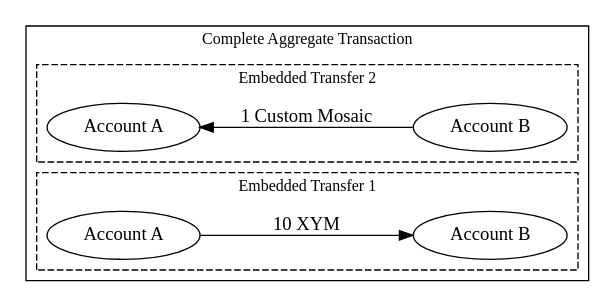
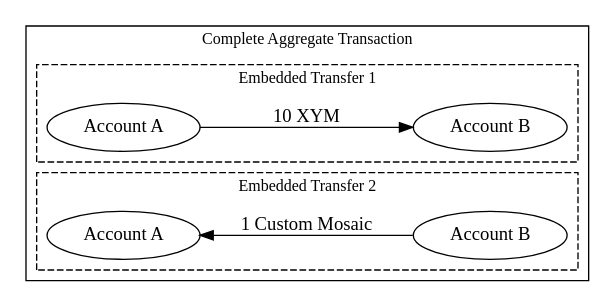
One commit to symbol/symbol changed the diagram in mkdocs/pages/en/devbook/transactions/complete-aggregate.md. Above: the diagram before and after it, drawn with Graphviz. The commit also changed other lines of this file and 3 other files, not shown here.

````diff
--- a/mkdocs/pages/en/devbook/transactions/complete-aggregate.md
+++ b/mkdocs/pages/en/devbook/transactions/complete-aggregate.md
@@ -12,27 +12,26 @@
 ```dot
 digraph {
     rankdir="LR";
     fontsize=12;
     subgraph clusterAggregate {
         label = "Complete Aggregate Transaction";
         tooltip = "Complete Aggregate Transaction";
+        subgraph clusterT1 {
+            label = "Embedded Transfer 1";
+            tooltip = "Embedded Transfer 1";
+            style = dashed;
+            A2 [label="Account A" tooltip="Account A"];
+            B2 [label="Account B" tooltip="Account B"];
+            A2 -> B2 [label="10 XYM"];
+        }
         subgraph clusterT2 {
             label = "Embedded Transfer 2";
             tooltip = "Embedded Transfer 2";
             style = dashed;
             A1 [label="Account A" tooltip="Account A"];
             B1 [label="Account B" tooltip="Account B"];
             A1 -> B1 [label="1 Custom Mosaic" dir=back];
         }
-        subgraph clusterT1 {
-            label = "Embedded Transfer 1";
-            tooltip = "Embedded Transfer 1";
-            style = dashed;
-            A2 [label="Account A" tooltip="Account A"];
-            B2 [label="Account B" tooltip="Account B"];
-            A2 -> B2 [label="10 XYM"];
-        }
-
     }
 }
 ```
````
